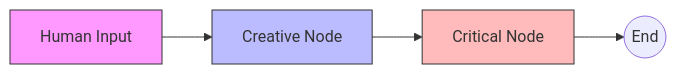
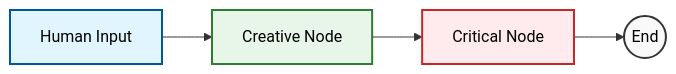
One commit to Changsik00/thinking_skill changed the diagram in docs/core-loop-architecture.md. Above: the diagram before and after it, drawn with Mermaid. The commit also changed 4 other files, not shown here.

Commit message:
docs: fix Mermaid diagrams and update README for Spec 018

````diff
--- a/docs/core-loop-architecture.md
+++ b/docs/core-loop-architecture.md
@@ -17,10 +17,16 @@
 ```mermaid
 graph LR
     User[Human Input] --> Creative[Creative Node]
     Creative --> Critical[Critical Node]
     Critical --> End((End))
     
-    style User fill:#f9f,stroke:#333
-    style Creative fill:#bbf,stroke:#333
-    style Critical fill:#fbb,stroke:#333
+    %% Styles for better visibility in Light/Dark modes
+    classDef default fill:#f9f9f9,stroke:#333,stroke-width:2px,color:#000;
+    classDef user fill:#e1f5fe,stroke:#01579b,stroke-width:2px,color:#000;
+    classDef creative fill:#e8f5e9,stroke:#2e7d32,stroke-width:2px,color:#000;
+    classDef critical fill:#ffebee,stroke:#c62828,stroke-width:2px,color:#000;
+
+    class User user;
+    class Creative creative;
+    class Critical critical;
 ```
````
